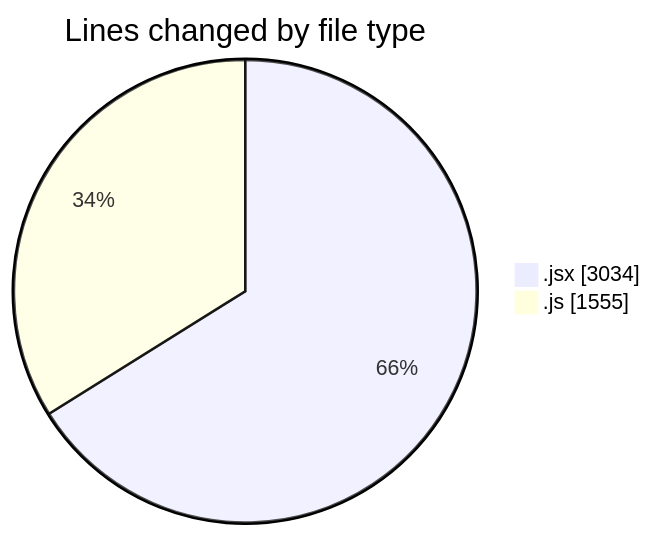
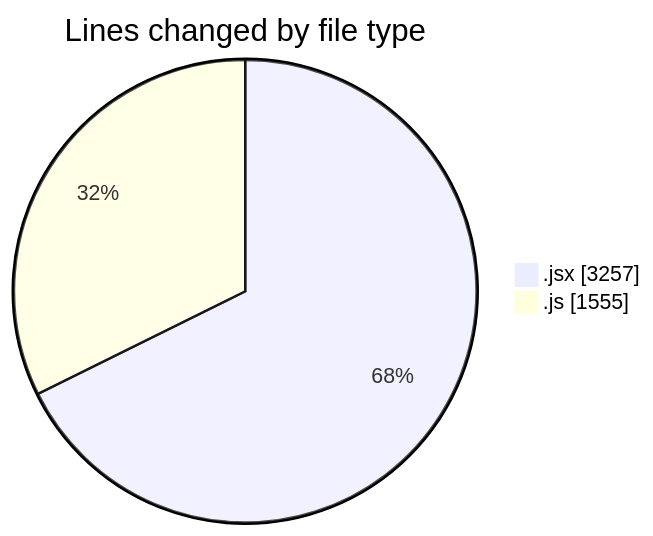
Before and after one commit to nxtqubesakshisongat/code-tracking: the first of 2 diagrams in 2025-07-11/argos/README.md, drawn with Mermaid. The commit also changed other lines of this file and 1 other file, not shown here.

````diff
--- a/2025-07-11/argos/README.md
+++ b/2025-07-11/argos/README.md
@@ -26,6 +27,6 @@
 ```mermaid
 pie showData
 title Lines changed by file type
-".jsx" : 3034
+".jsx" : 3257
 ".js" : 1555
 ```
````
